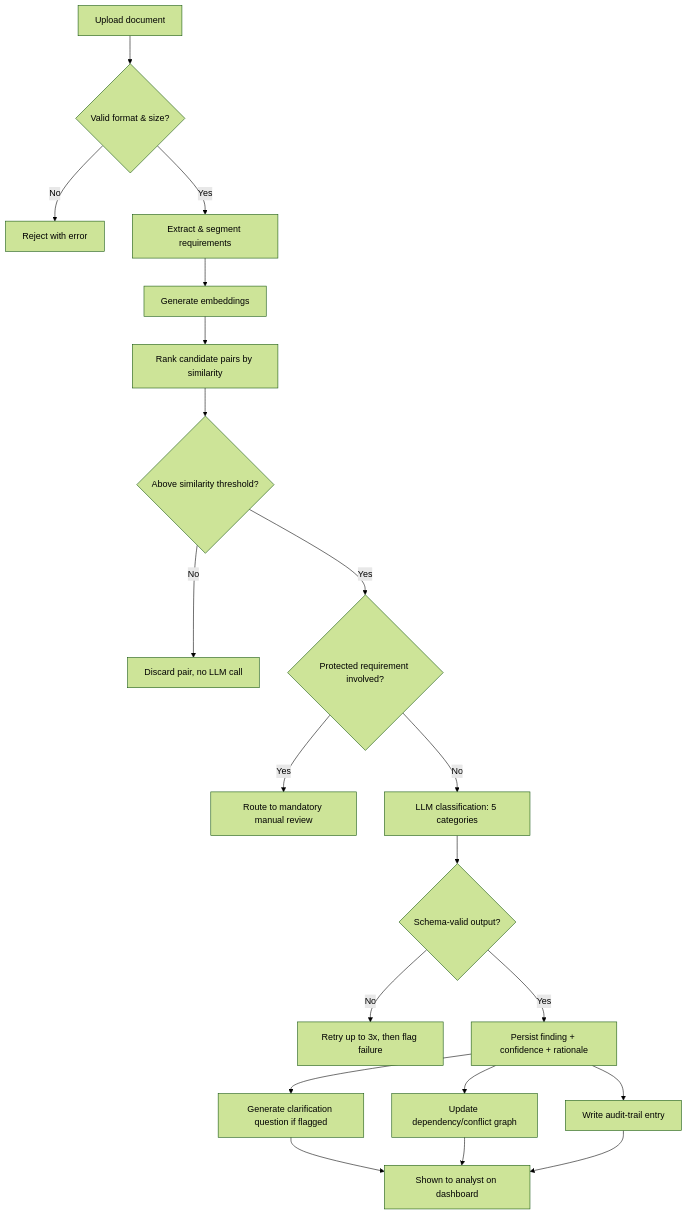
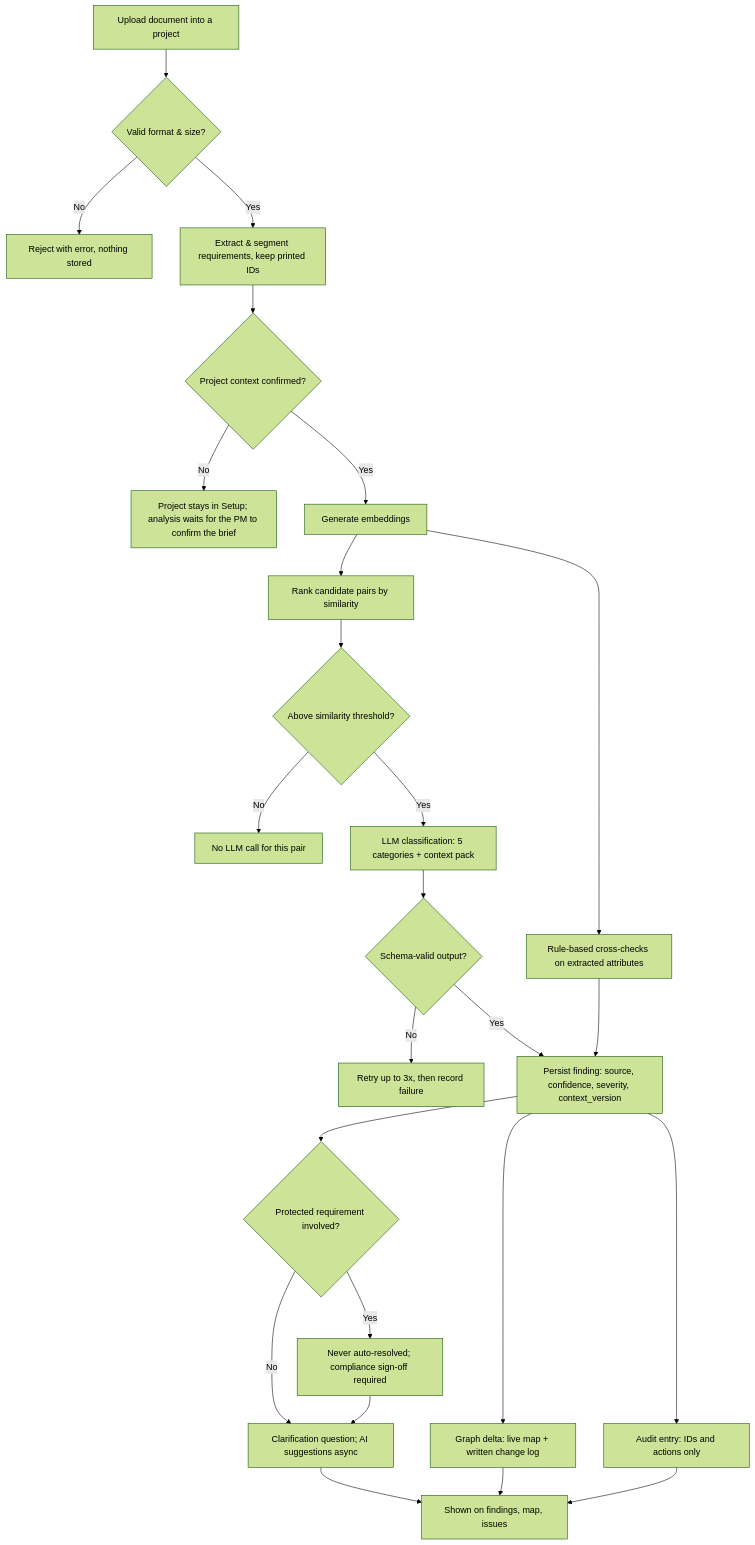
The fourth of 6 diagrams in docs/engineering/diagrams.md (ParthAgrawal-07/AI-Requirements-Conflict-Dectector), drawn with Mermaid (forest theme) before and after one commit. The commit also changed other lines of this file and 16 other files, not shown here.

````diff
--- a/docs/engineering/diagrams.md
+++ b/docs/engineering/diagrams.md
@@ -119,22 +126,27 @@
 ```mermaid
 flowchart TD
-  A[Upload document] --> B{Valid format & size?}
-  B -- No --> B1[Reject with error]
-  B -- Yes --> C[Extract & segment requirements]
-  C --> D[Generate embeddings]
+  A[Upload document into a project] --> B{Valid format & size?}
+  B -- No --> B1[Reject with error, nothing stored]
+  B -- Yes --> C[Extract & segment requirements, keep printed IDs]
+  C --> CG{Project context confirmed?}
+  CG -- No --> CG1[Project stays in Setup; analysis waits for the PM to confirm the brief]
+  CG -- Yes --> D[Generate embeddings]
   D --> E[Rank candidate pairs by similarity]
+  D --> R[Rule-based cross-checks on extracted attributes]
   E --> F{Above similarity threshold?}
-  F -- No --> G[Discard pair, no LLM call]
-  F -- Yes --> H{Protected requirement involved?}
-  H -- Yes --> H1[Route to mandatory manual review]
-  H -- No --> I[LLM classification: 5 categories]
+  F -- No --> G[No LLM call for this pair]
+  F -- Yes --> I[LLM classification: 5 categories + context pack]
   I --> J{Schema-valid output?}
-  J -- No --> J1[Retry up to 3x, then flag failure]
-  J -- Yes --> K[Persist finding + confidence + rationale]
-  K --> L[Generate clarification question if flagged]
-  K --> M[Update dependency/conflict graph]
-  K --> N[Write audit-trail entry]
-  L --> O[Shown to analyst on dashboard]
+  J -- No --> J1[Retry up to 3x, then record failure]
+  J -- Yes --> K[Persist finding: source, confidence, severity, context_version]
+  R --> K
+  K --> H{Protected requirement involved?}
+  H -- Yes --> H1[Never auto-resolved; compliance sign-off required]
+  H -- No --> L
+  H1 --> L[Clarification question; AI suggestions async]
+  K --> M[Graph delta: live map + written change log]
+  K --> N[Audit entry: IDs and actions only]
+  L --> O[Shown on findings, map, issues]
   M --> O
   N --> O
 ```
````
